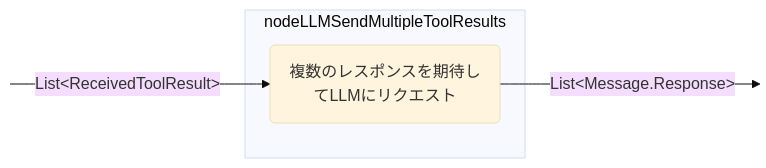
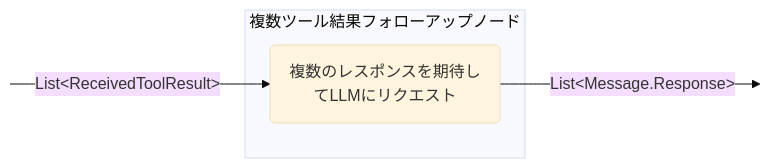
Diagram 14 of 15 in docs/ja/koog/nodes-and-components.md (BinaryTape/Open-Docs), drawn with Mermaid (base theme) before and after one commit. The commit also changed other lines of this file and 164 other files, not shown here.

````diff
--- a/docs/ja/koog/nodes-and-components.md
+++ b/docs/ja/koog/nodes-and-components.md
@@ -792,13 +791,13 @@
 ```mermaid
 graph LR
     in:::hidden
     out:::hidden
     
-    subgraph node ["nodeLLMSendMultipleToolResults"]
+    subgraph node ["複数ツール結果フォローアップノード"]
         execute(複数のレスポンスを期待してLLMにリクエスト)
     end
     
     in -- "List&lt;ReceivedToolResult&gt;" --> execute -- "List&lt;Message.Response&gt;" --> out
 
     classDef hidden display: none;
 ```
````
